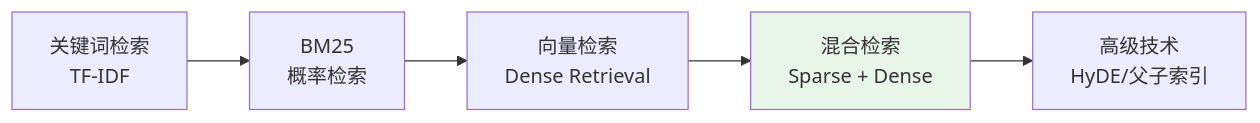
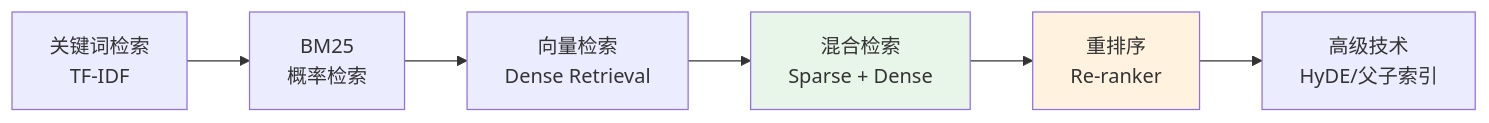
The diagram in retrieval/README.md (KasonLee-marker/ai-agent-interview-questions), drawn with Mermaid before and after one commit. The commit also changed other lines of this file and 1 other file, not shown here.

First line of the commit message:
docs: 补充 Re-ranker 重排序模型文档

````diff
--- a/retrieval/README.md
+++ b/retrieval/README.md
@@ -38,9 +39,11 @@
 ```mermaid
 flowchart LR
     Keyword["关键词检索<br/>TF-IDF"] --> BM25["BM25<br/>概率检索"]
     BM25 --> Vector["向量检索<br/>Dense Retrieval"]
     Vector --> Hybrid["混合检索<br/>Sparse + Dense"]
-    Hybrid --> Advanced["高级技术<br/>HyDE/父子索引"]
-    
+    Hybrid --> Rerank["重排序<br/>Re-ranker"]
+    Rerank --> Advanced["高级技术<br/>HyDE/父子索引"]
+
     style Hybrid fill:#e8f5e9
+    style Rerank fill:#fff3e0
 ```
````
